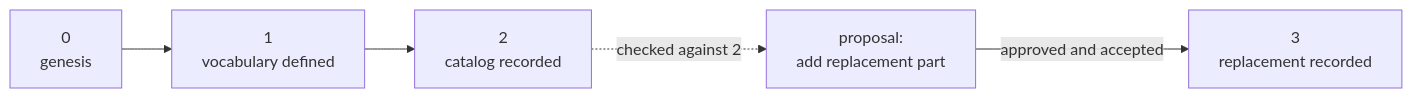
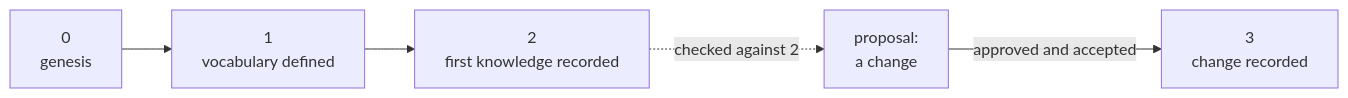
Before and after one commit to cruxible-ai/cruxible: the second of 4 diagrams in docs/concepts.md, drawn with Mermaid. The commit also changed other lines of this file, not shown here.

````diff
--- a/docs/concepts.md
+++ b/docs/concepts.md
@@ -111,6 +111,6 @@
 ```mermaid
 flowchart LR
-    g0["0<br/>genesis"] --> g1["1<br/>vocabulary defined"] --> g2["2<br/>catalog recorded"]
-    g2 -.->|checked against 2| p["proposal:<br/>add replacement part"]
-    p -->|approved and accepted| g3["3<br/>replacement recorded"]
+    g0["0<br/>genesis"] --> g1["1<br/>vocabulary defined"] --> g2["2<br/>first knowledge recorded"]
+    g2 -.->|checked against 2| p["proposal:<br/>a change"]
+    p -->|approved and accepted| g3["3<br/>change recorded"]
 ```
````
